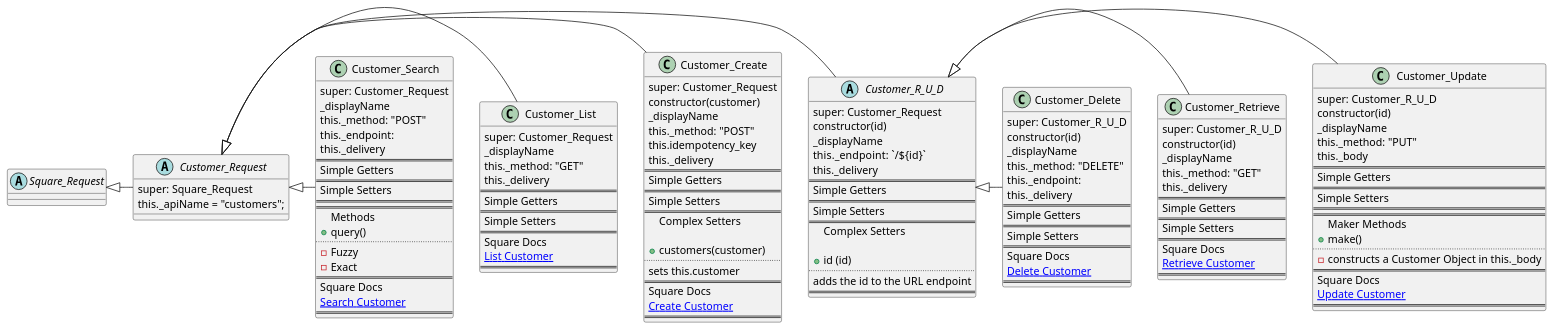
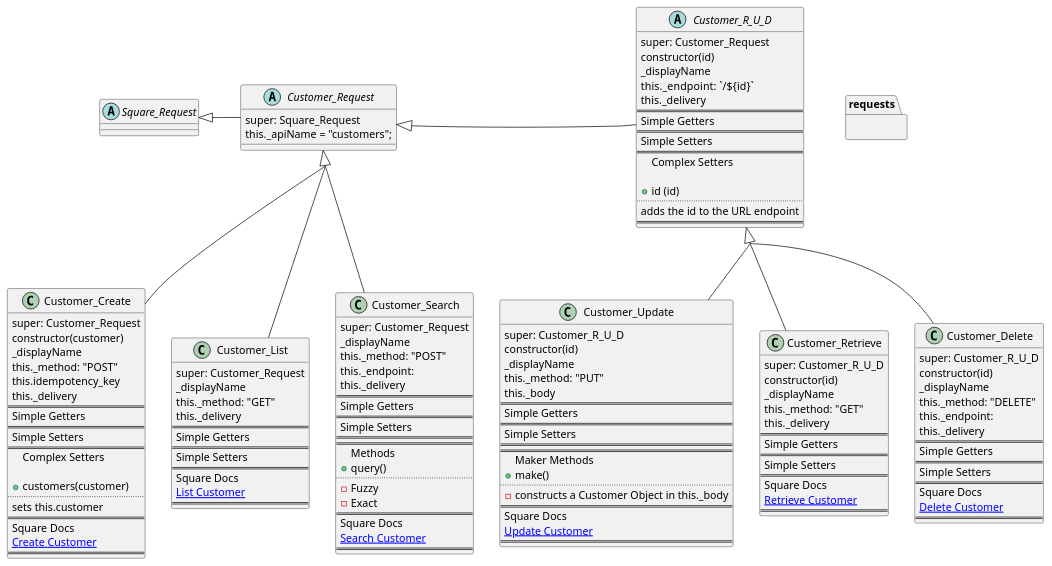
Before and after one commit to TwoFistedJustice/square-pie: the diagram in docs/uml/pie_customer_api.puml, drawn with PlantUML. The commit also changed 1 other file, not shown here.

Commit message:
docs: format diagrams

```diff
--- a/docs/uml/pie_customer_api.puml
+++ b/docs/uml/pie_customer_api.puml
@@ -1,166 +1,159 @@
 @startuml
 'https://plantuml.com/class-diagram
+skinparam groupInheritance 2
+' arrows with one dash display horizontally
+' arrows with two dashes display vertically
+namespace requests {
+.Square_Request <|- .Customer_Request
+.Customer_Request <|- .Customer_R_U_D
 
-Square_Request <|- Customer_Request
-Customer_Request <|- Customer_R_U_D
-Customer_R_U_D <|- Customer_Update
-Customer_R_U_D <|- Customer_Retrieve
-Customer_R_U_D <|- Customer_Delete
-Customer_Request <|- Customer_Create
-Customer_Request <|- Customer_List
-Customer_Request <|- Customer_Search
+.Customer_R_U_D <|-- .Customer_Update
+.Customer_R_U_D <|-- .Customer_Retrieve
+.Customer_R_U_D <|-- .Customer_Delete
+
+.Customer_Request <|-- .Customer_Create
+.Customer_Request <|-- .Customer_List
+.Customer_Request <|-- .Customer_Search
+}
 
 abstract class Square_Request {}
 abstract class Customer_Request {
 super: Square_Request
 this._apiName = "customers";
 }
 
 abstract class Customer_R_U_D {
 super: Customer_Request
 constructor(id)
 _displayName
 this._endpoint:  `/${id}`
 this._delivery
 ==
 Simple Getters
 ==
 Simple Setters
 ==
 Complex Setters
 
 +id (id)
 ..
 adds the id to the URL endpoint
 ==
 }
 class Customer_Retrieve {
 super: Customer_R_U_D
 constructor(id)
 _displayName
 this._method: "GET"
 this._delivery
 ==
 Simple Getters
 ==
 Simple Setters
 ==
 Square Docs
  [[https://developer.squareup.com/reference/square/customers-api/retrieve-customer Retrieve Customer]]
 ==
 }
 
 class Customer_Delete {
 super: Customer_R_U_D
 constructor(id)
 _displayName
 this._method: "DELETE"
 this._endpoint:
 this._delivery
 ==
 Simple Getters
 ==
 Simple Setters
 ==
 Square Docs
 [[https://developer.squareup.com/reference/square/customers-api/delete-customer Delete Customer]]
 ==
 }
 
 class Customer_Create {
 super: Customer_Request
 constructor(customer)
 _displayName
 this._method: "POST"
 this.idempotency_key
 this._delivery
 ==
 Simple Getters
 ==
 Simple Setters
 ==
 Complex Setters
 
 +customers(customer)
 ..
 sets this.customer
 ==
 Square Docs
 [[https://developer.squareup.com/reference/square/customers-api/create-customer Create Customer]]
 ==
 }
 class Customer_List {
 super: Customer_Request
 _displayName
 this._method: "GET"
 this._delivery
 ==
 Simple Getters
 ==
 Simple Setters
 ==
 Square Docs
 [[https://developer.squareup.com/reference/square/customers-api/list-customers List Customer]]
 ==
 }
 class Customer_Search {
 super: Customer_Request
 _displayName
 this._method: "POST"
 this._endpoint:
 this._delivery
 ==
 Simple Getters
 ==
 Simple Setters
 ==
 ==
 Methods
 +query()
 ..
 -Fuzzy
 -Exact
 ==
 Square Docs
 [[https://developer.squareup.com/reference/square/customers-api/search-customers Search Customer]]
 ==
 }
 
 
-
-
-
 class Customer_Update {
 super: Customer_R_U_D
 constructor(id)
 _displayName
 this._method: "PUT"
 this._body
 ==
 Simple Getters
 ==
 Simple Setters
 ==
 ==
 Maker Methods
 +make()
 ..
 - constructs a Customer Object in this._body
 ==
 Square Docs
 [[https://developer.squareup.com/reference/square/customers-api/update-customer Update Customer]]
 ==
 }
 
 
-
-
-
-
-
-
-
-
-
-
 @enduml
```
